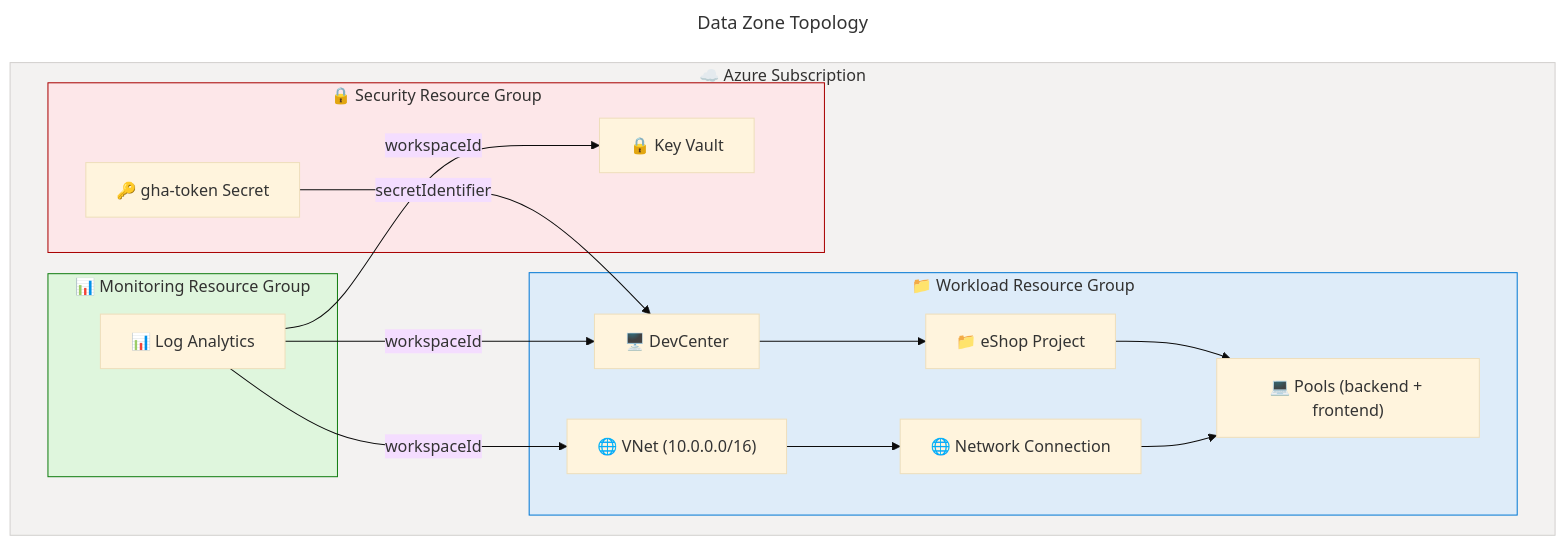
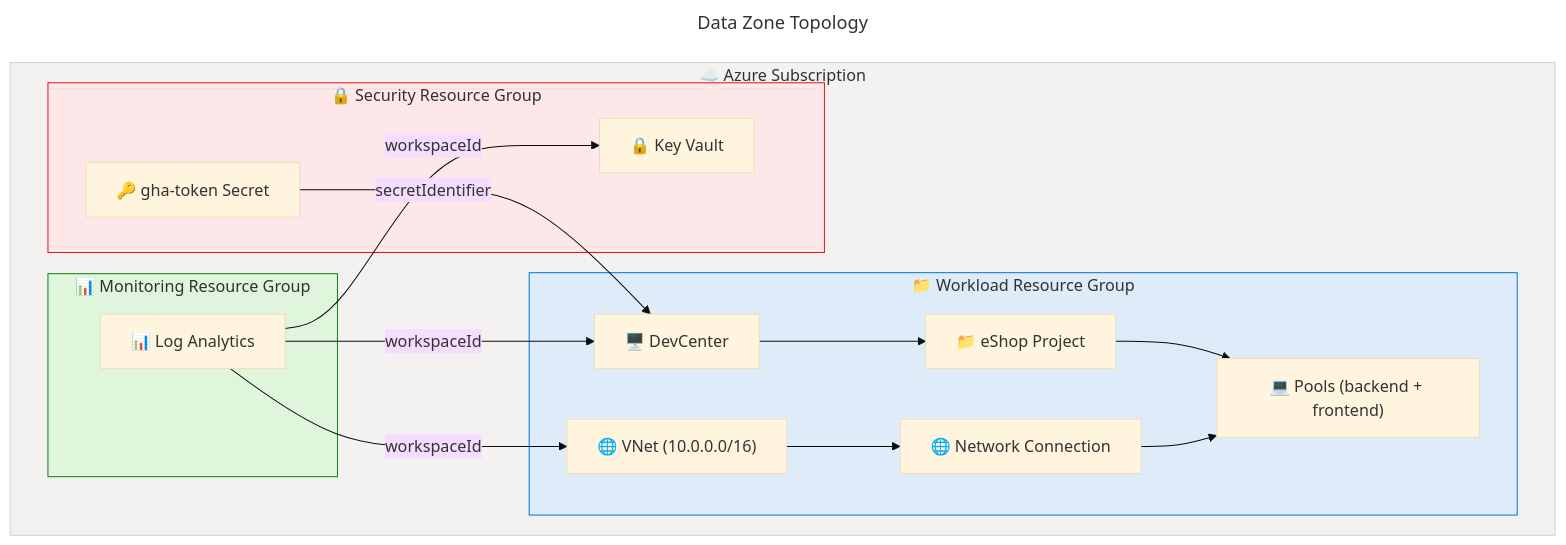
The third of 9 diagrams in docs/architecture/data-architecture.md (Evilazaro/DevExp-DevBox), drawn with Mermaid before and after one commit. The commit also changed other lines of this file, not shown here.

Commit message:
style: update color codes in flowcharts for improved visibility and consistency

````diff
--- a/docs/architecture/data-architecture.md
+++ b/docs/architecture/data-architecture.md
@@ -291,57 +291,57 @@
 ```mermaid
 ---
 title: Data Zone Topology
 config:
   theme: base
   look: classic
   layout: dagre
   themeVariables:
     fontSize: '16px'
 ---
 flowchart TD
     %% ═══════════════════════════════════════════════════════════════════════════
     %% AZURE / FLUENT ARCHITECTURE PATTERN v1.1
     %% (Semantic + Structural + Font + Accessibility Governance)
     %% ═══════════════════════════════════════════════════════════════════════════
     %% PHASE 1 - STRUCTURAL: Direction explicit, flat topology, nesting ≤ 3
     %% PHASE 2 - SEMANTIC: Colors justified, max 5 semantic classes, neutral-first
     %% PHASE 3 - FONT: Dark text on light backgrounds, contrast ≥ 4.5:1
     %% PHASE 4 - ACCESSIBILITY: accTitle/accDescr present, icons on all nodes
     %% PHASE 5 - STANDARD: Governance block present, classDefs centralized
     %% ═══════════════════════════════════════════════════════════════════════════
 
     accTitle: Data Zone Topology
     accDescr: Azure Landing Zone segregation showing data assets distributed across workload, security, and monitoring resource groups
 
     subgraph SUB["☁️ Azure Subscription"]
         subgraph WRG["📁 Workload Resource Group"]
             DC["🖥️ DevCenter"]
             PR["📁 eShop Project"]
             PL["💻 Pools (backend + frontend)"]
             NC["🌐 Network Connection"]
             VN["🌐 VNet (10.0.0.0/16)"]
         end
         style WRG fill:#DEECF9,stroke:#0078D4,color:#323130
 
         subgraph SRG["🔒 Security Resource Group"]
             KV["🔒 Key Vault"]
             SC["🔑 gha-token Secret"]
         end
-        style SRG fill:#FDE7E9,stroke:#A80000,color:#323130
+        style SRG fill:#FDE7E9,stroke:#E81123,color:#323130
 
         subgraph MRG["📊 Monitoring Resource Group"]
             LA["📊 Log Analytics"]
         end
         style MRG fill:#DFF6DD,stroke:#107C10,color:#323130
     end
     style SUB fill:#F3F2F1,stroke:#D2D0CE,color:#323130
 
     LA -->|"workspaceId"| KV
     LA -->|"workspaceId"| DC
     LA -->|"workspaceId"| VN
     SC -->|"secretIdentifier"| DC
     VN --> NC
     NC --> PL
     DC --> PR
     PR --> PL
 ```
````
